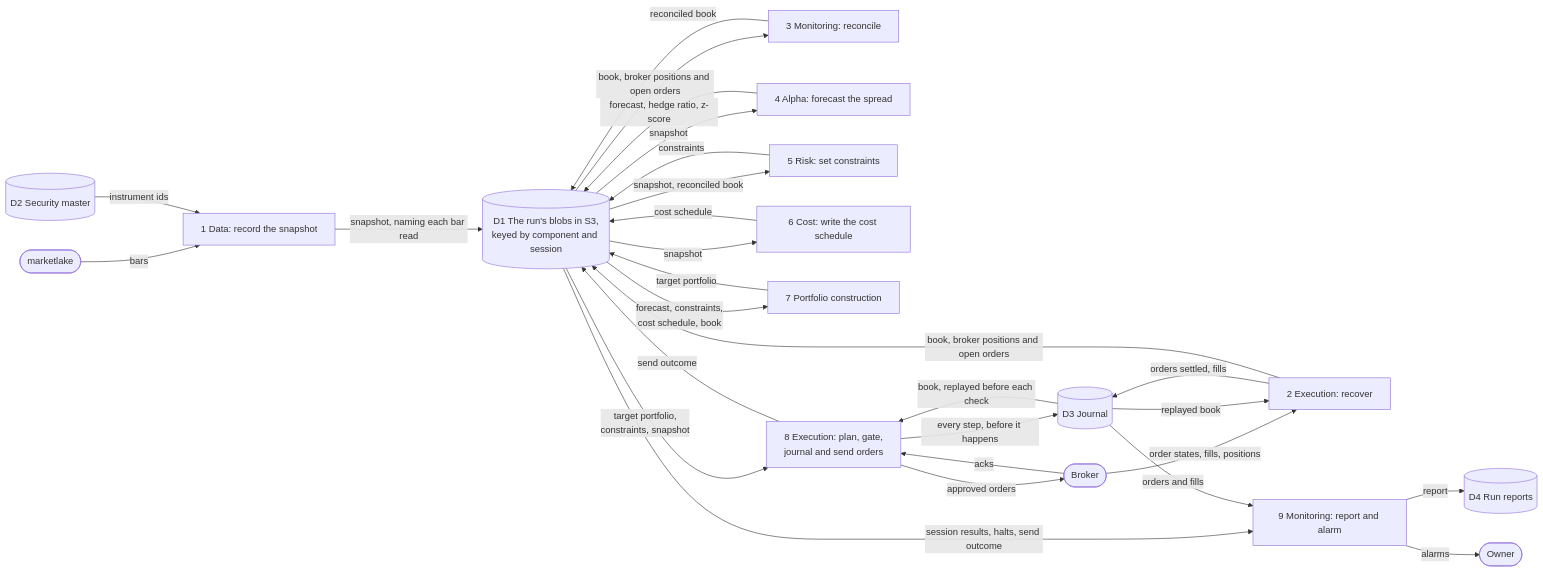
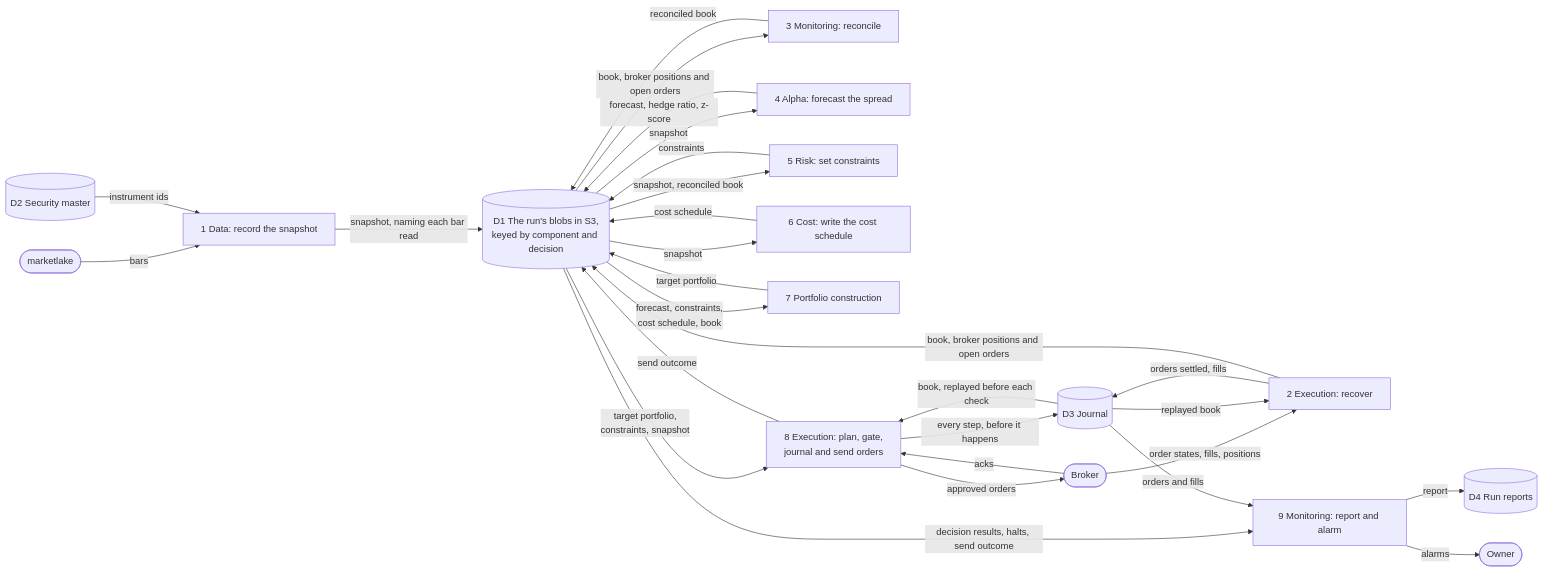
One commit to l3a0/ithildin-runtime changed the third of 16 diagrams in docs/architecture.md. Above: the diagram before and after it, drawn with Mermaid. The commit also changed other lines of this file and 2 other files, not shown here.

````diff
--- a/docs/architecture.md
+++ b/docs/architecture.md
@@ -394,49 +396,49 @@
 ```mermaid
 flowchart LR
     vendor(["marketlake"])
     brokerx(["Broker"])
     ownerx(["Owner"])
 
     p1["1 Data: record the snapshot"]
     p2["2 Execution: recover"]
     p3["3 Monitoring: reconcile"]
     p4["4 Alpha: forecast the spread"]
     p5["5 Risk: set constraints"]
     p6["6 Cost: write the cost schedule"]
     p7["7 Portfolio construction"]
     p8["8 Execution: plan, gate,<br/>journal and send orders"]
     p9["9 Monitoring: report and alarm"]
 
-    d1[("D1 The run's blobs in S3,<br/>keyed by component and session")]
+    d1[("D1 The run's blobs in S3,<br/>keyed by component and decision")]
     d2[("D2 Security master")]
     d3[("D3 Journal")]
     d4[("D4 Run reports")]
 
     vendor -->|"bars"| p1
     d2 -->|"instrument ids"| p1
     p1 -->|"snapshot, naming each bar read"| d1
     brokerx -->|"order states, fills, positions"| p2
     p2 -->|"orders settled, fills"| d3
     d3 -->|"replayed book"| p2
     p2 -->|"book, broker positions and open orders"| d1
     d1 -->|"book, broker positions and open orders"| p3
     p3 -->|"reconciled book"| d1
     d1 -->|"snapshot"| p4
     p4 -->|"forecast, hedge ratio, z-score"| d1
     d1 -->|"snapshot, reconciled book"| p5
     p5 -->|"constraints"| d1
     d1 -->|"snapshot"| p6
     p6 -->|"cost schedule"| d1
     d1 -->|"forecast, constraints,<br/>cost schedule, book"| p7
     p7 -->|"target portfolio"| d1
     d1 -->|"target portfolio,<br/>constraints, snapshot"| p8
     d3 -->|"book, replayed before each check"| p8
     p8 -->|"every step, before it happens"| d3
     p8 -->|"approved orders"| brokerx
     brokerx -->|"acks"| p8
     p8 -->|"send outcome"| d1
-    d1 -->|"session results, halts, send outcome"| p9
+    d1 -->|"decision results, halts, send outcome"| p9
     d3 -->|"orders and fills"| p9
     p9 -->|"report"| d4
     p9 -->|"alarms"| ownerx
 ```
````
